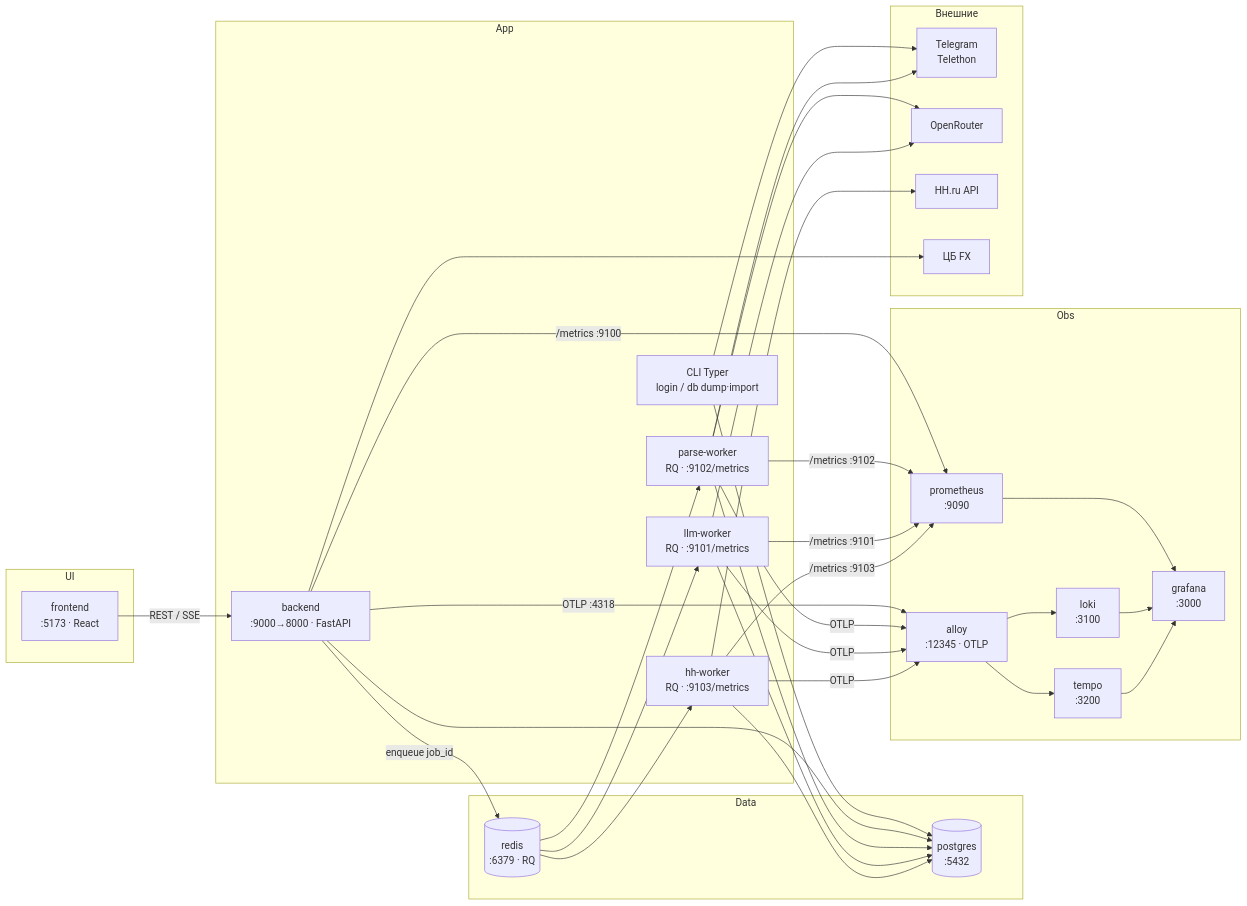
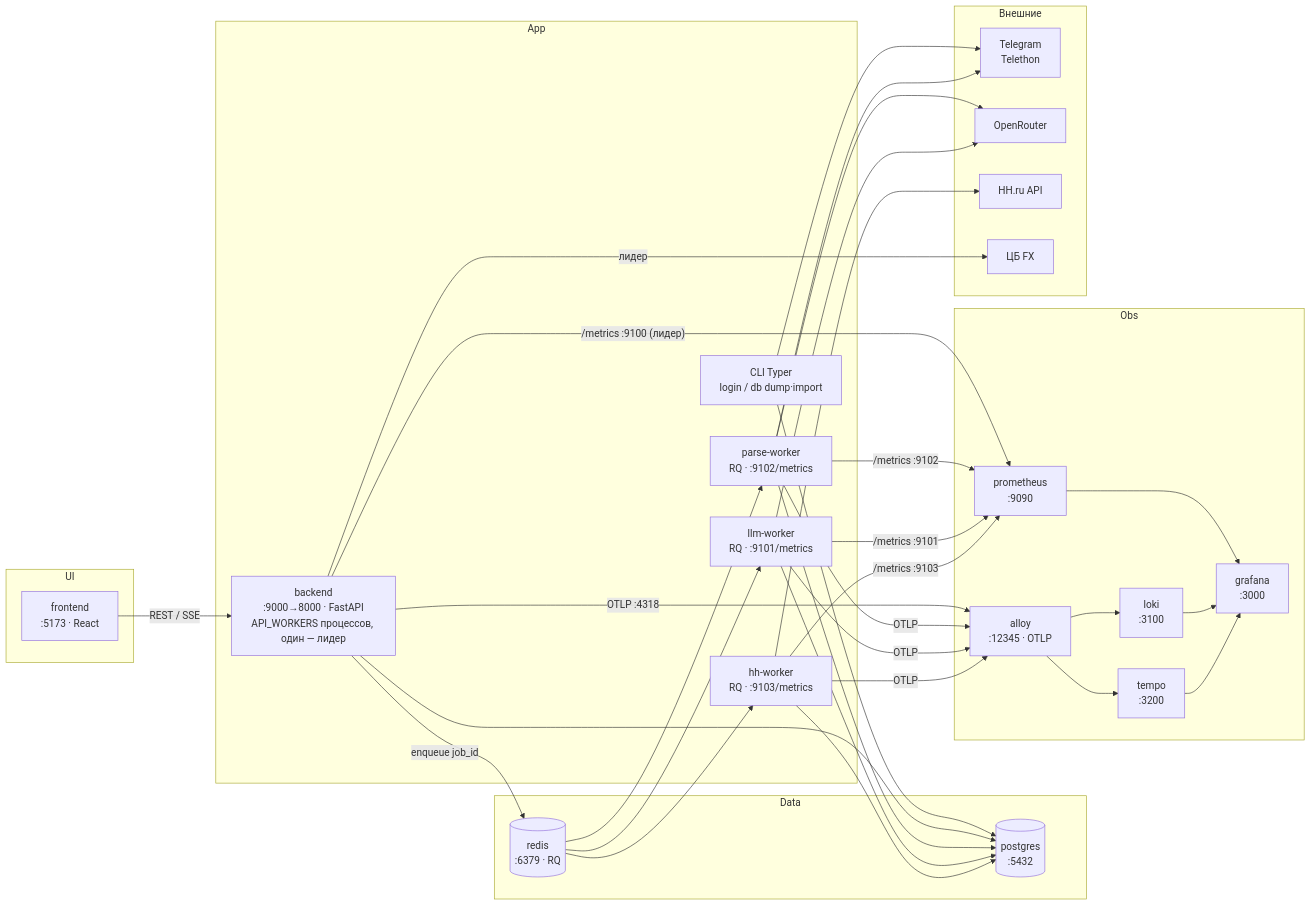
The diagram in docs/architecture/architecture-by-services.md (Kickgodx/tg-channels-vacancy-parser), drawn with Mermaid before and after one commit. The commit also changed other lines of this file and 1 other file, not shown here.

Commit message:
docs(architecture): API_WORKERS with leader, overload 503, job cancel, LLM quota and stale results, core ports

````diff
--- a/docs/architecture/architecture-by-services.md
+++ b/docs/architecture/architecture-by-services.md
@@ -5,64 +5,64 @@
 ```mermaid
 flowchart LR
   subgraph UI
     FE["frontend<br/>:5173 · React"]
   end
 
   subgraph App
-    BE["backend<br/>:9000→8000 · FastAPI"]
+    BE["backend<br/>:9000→8000 · FastAPI<br/>API_WORKERS процессов, один — лидер"]
     PW["parse-worker<br/>RQ · :9102/metrics"]
     W["llm-worker<br/>RQ · :9101/metrics"]
     HW["hh-worker<br/>RQ · :9103/metrics"]
     CLI["CLI Typer<br/>login / db dump·import"]
   end
 
   subgraph Data
     PG[("postgres<br/>:5432")]
     RD[("redis<br/>:6379 · RQ")]
   end
 
   subgraph Obs
     PROM["prometheus<br/>:9090"]
     ALLOY["alloy<br/>:12345 · OTLP"]
     LOKI["loki<br/>:3100"]
     TEMPO["tempo<br/>:3200"]
     GRAF["grafana<br/>:3000"]
   end
 
   subgraph Ext["Внешние"]
     TG["Telegram<br/>Telethon"]
     OR["OpenRouter"]
     HH["HH.ru API"]
     CBR["ЦБ FX"]
   end
 
   FE -->|"REST / SSE"| BE
   CLI --> PG
   CLI --> TG
   BE --> PG
   BE -->|enqueue job_id| RD
   RD --> PW
   RD --> W
   RD --> HW
   PW --> PG
   W --> PG
   HW --> PG
   PW --> TG
   PW --> OR
   W --> OR
   HW --> HH
-  BE --> CBR
-  BE -->|"/metrics :9100"| PROM
+  BE -->|"лидер"| CBR
+  BE -->|"/metrics :9100 (лидер)"| PROM
   PW -->|"/metrics :9102"| PROM
   W -->|"/metrics :9101"| PROM
   HW -->|"/metrics :9103"| PROM
   BE -->|"OTLP :4318"| ALLOY
   PW -->|"OTLP"| ALLOY
   W -->|"OTLP"| ALLOY
   HW -->|"OTLP"| ALLOY
   ALLOY --> LOKI
   ALLOY --> TEMPO
   PROM --> GRAF
   LOKI --> GRAF
   TEMPO --> GRAF
 ```
````
